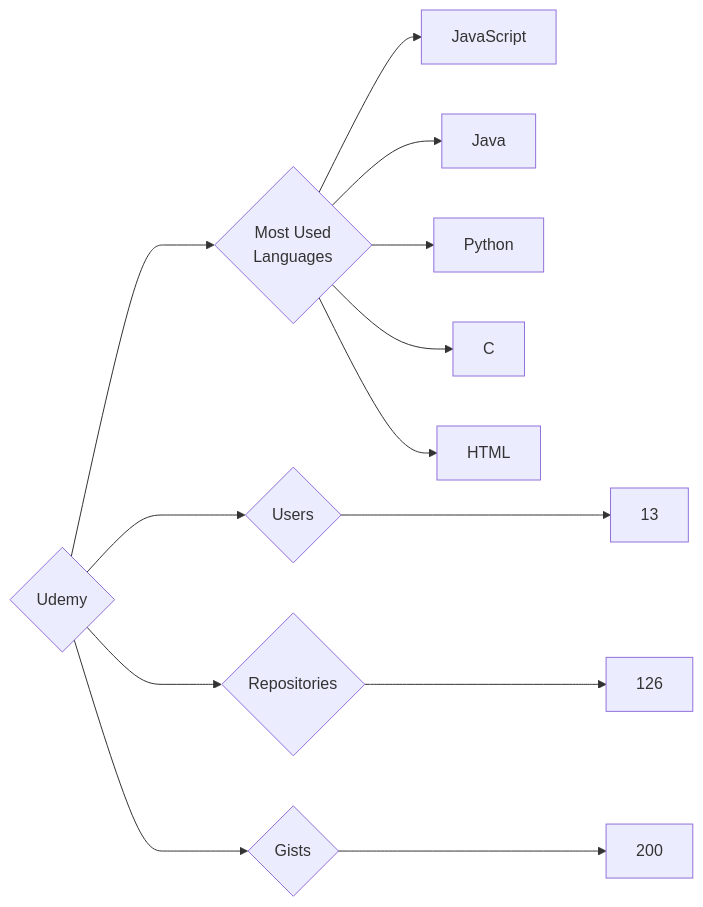
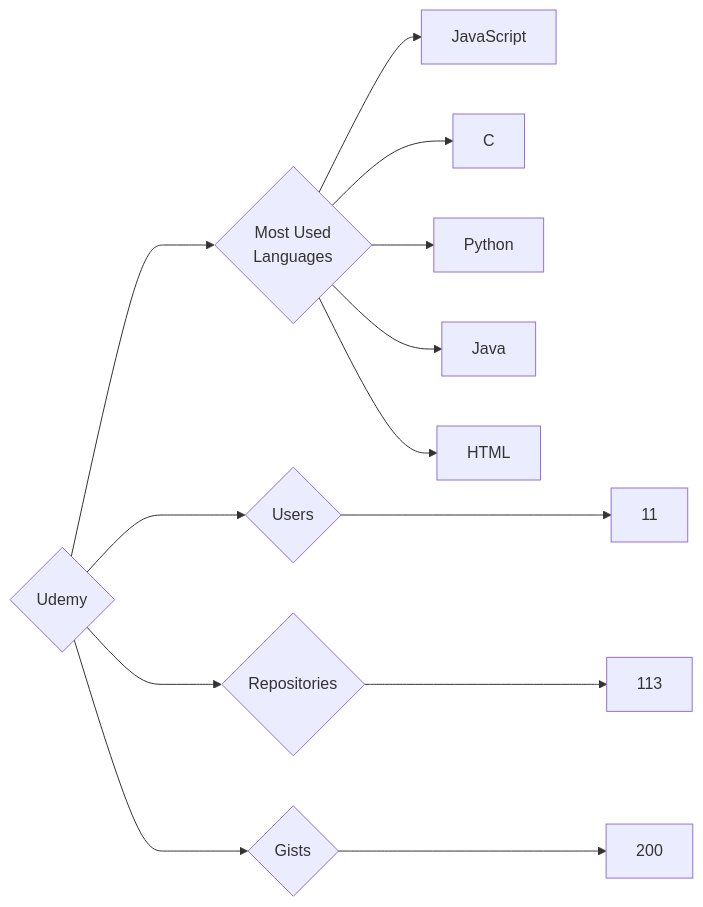
Before and after one commit to trickest/insiders: the diagram in targets/Udemy/README.md, drawn with Mermaid. The commit also changed 1389 other files, not shown here.

````diff
--- a/targets/Udemy/README.md
+++ b/targets/Udemy/README.md
@@ -3,13 +3,13 @@
 ```mermaid
 graph LR
 COMPANY_NAME{Udemy}
-COMPANY_NAME ---> U{Users} ---> UN[13]
-COMPANY_NAME ---> R{Repositories} ---> RN[126]
+COMPANY_NAME ---> U{Users} ---> UN[11]
+COMPANY_NAME ---> R{Repositories} ---> RN[113]
 COMPANY_NAME ---> G{Gists} ---> GN[200]
 COMPANY_NAME ---> ML{Most Used<br>Languages}
 ML --> JavaScript[JavaScript]
+ML --> C[C]
+ML --> Python[Python]
 ML --> Java[Java]
-ML --> Python[Python]
-ML --> C[C]
 ML --> HTML[HTML]
 ```
````
